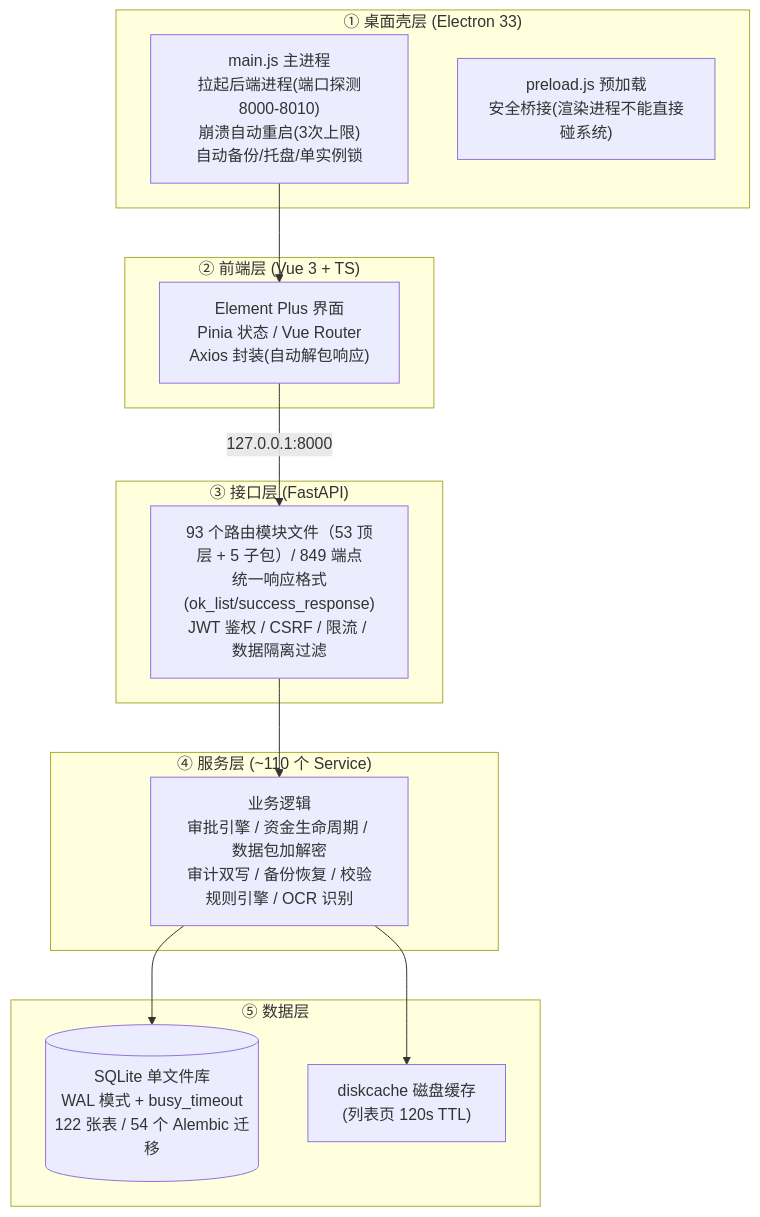
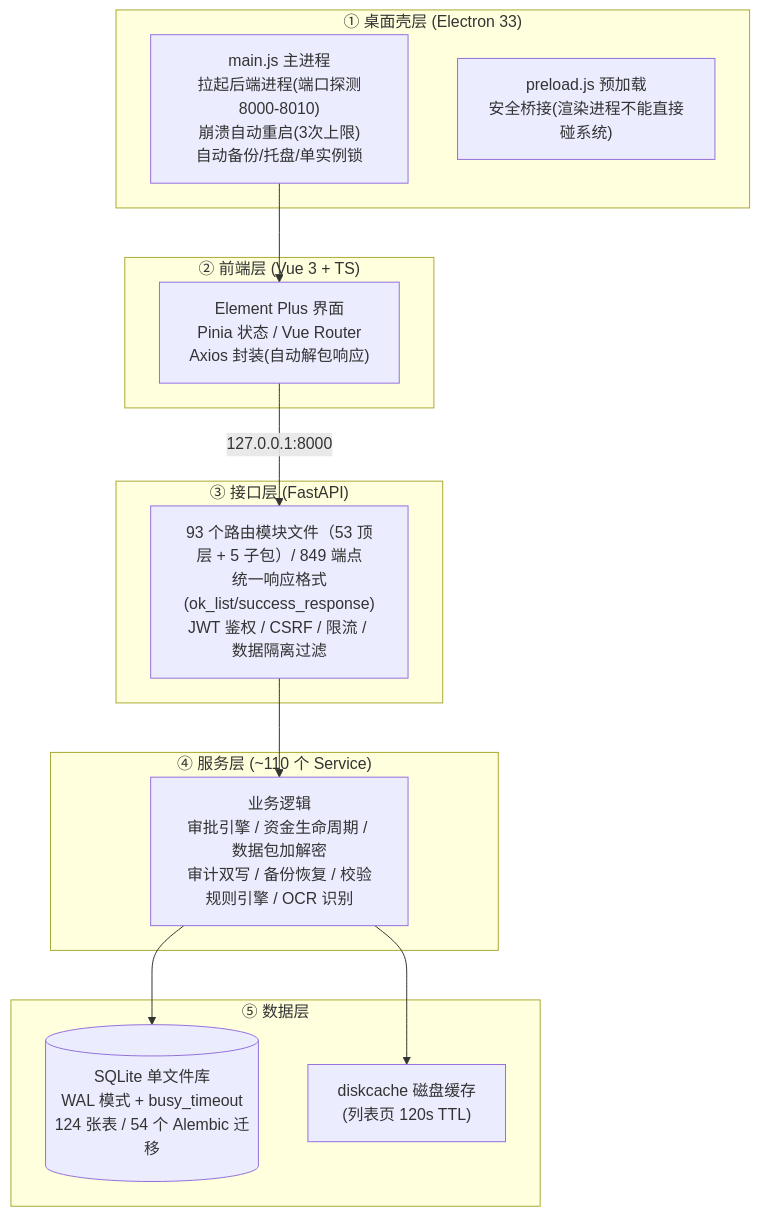
The diagram in docs/03-开发文档/01-架构设计/系统架构说明.md (lzh745200/MRRS), drawn with Mermaid before and after one commit. The commit also changed other lines of this file and 35 other files, not shown here.

````diff
--- a/docs/03-开发文档/01-架构设计/系统架构说明.md
+++ b/docs/03-开发文档/01-架构设计/系统架构说明.md
@@ -17,25 +17,25 @@
 ```mermaid
 graph TB
     subgraph L1["① 桌面壳层 (Electron 33)"]
         MAIN["main.js 主进程<br/>拉起后端进程(端口探测8000-8010)<br/>崩溃自动重启(3次上限)<br/>自动备份/托盘/单实例锁"]
         PRE["preload.js 预加载<br/>安全桥接(渲染进程不能直接碰系统)"]
     end
     subgraph L2["② 前端层 (Vue 3 + TS)"]
         FE["Element Plus 界面<br/>Pinia 状态 / Vue Router<br/>Axios 封装(自动解包响应)"]
     end
     subgraph L3["③ 接口层 (FastAPI)"]
         API["93 个路由模块文件（53 顶层 + 5 子包）/ 849 端点<br/>统一响应格式(ok_list/success_response)<br/>JWT 鉴权 / CSRF / 限流 / 数据隔离过滤"]
     end
     subgraph L4["④ 服务层 (~110 个 Service)"]
         SVC["业务逻辑<br/>审批引擎 / 资金生命周期 / 数据包加解密<br/>审计双写 / 备份恢复 / 校验规则引擎 / OCR 识别"]
     end
     subgraph L5["⑤ 数据层"]
-        DB[("SQLite 单文件库<br/>WAL 模式 + busy_timeout<br/>122 张表 / 54 个 Alembic 迁移")]
+        DB[("SQLite 单文件库<br/>WAL 模式 + busy_timeout<br/>124 张表 / 54 个 Alembic 迁移")]
         CACHE["diskcache 磁盘缓存<br/>(列表页 120s TTL)"]
     end
     MAIN --> FE
     FE -->|"127.0.0.1:8000"| API
     API --> SVC
     SVC --> DB
     SVC --> CACHE
 ```
````
